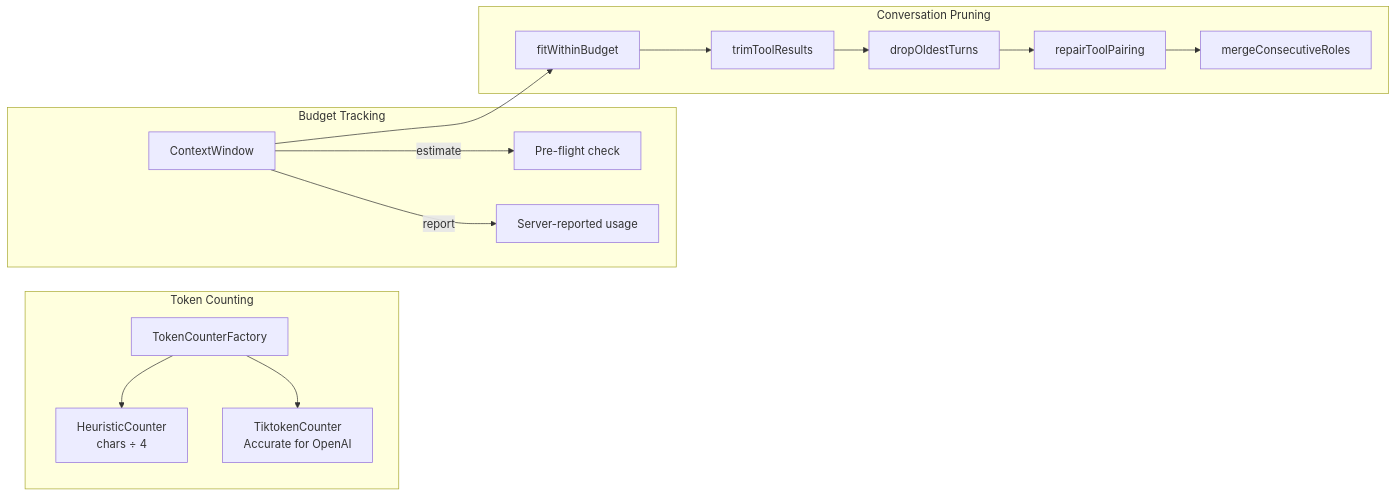
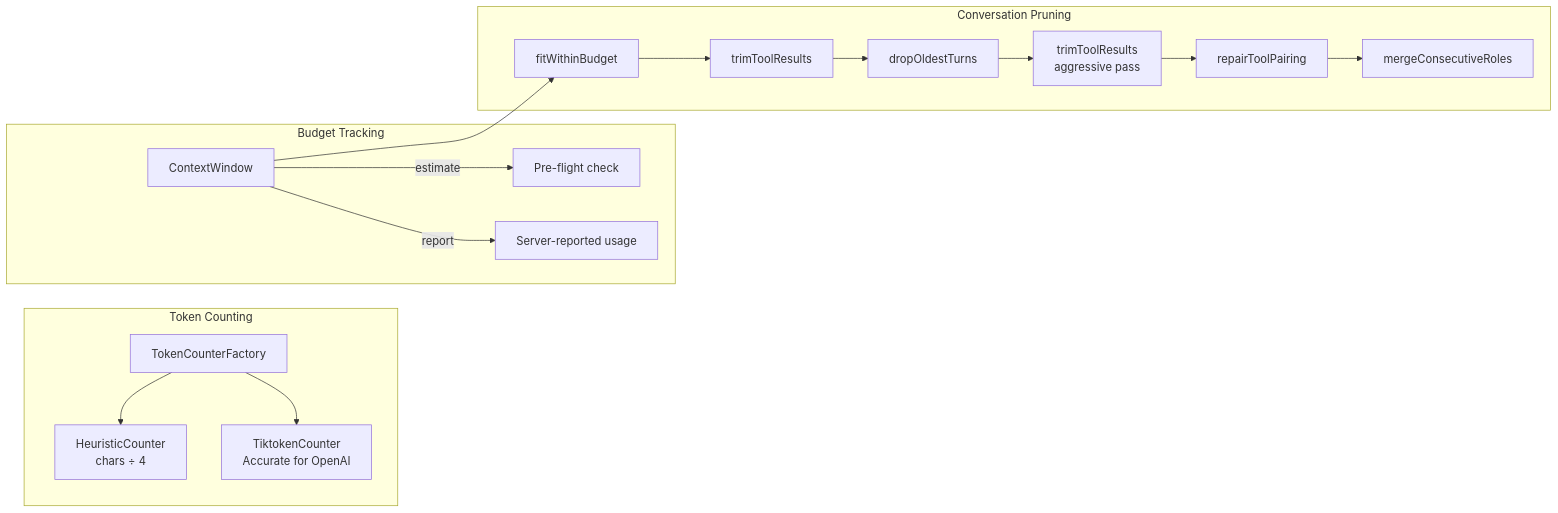
The seventh of 9 diagrams in docs/ARCHITECTURE.md (carmelosantana/php-agents), drawn with Mermaid before and after one commit. The commit also changed other lines of this file and 5 other files, not shown here.

````diff
--- a/docs/ARCHITECTURE.md
+++ b/docs/ARCHITECTURE.md
@@ -340,26 +343,27 @@
 ```mermaid
 flowchart LR
     subgraph "Token Counting"
         HC[HeuristicCounter<br/>chars ÷ 4]
         TK[TiktokenCounter<br/>Accurate for OpenAI]
         TCF[TokenCounterFactory]
         TCF --> HC
         TCF --> TK
     end
 
     subgraph "Budget Tracking"
         CW[ContextWindow]
         CW -->|estimate| PRE[Pre-flight check]
         CW -->|report| POST[Server-reported usage]
     end
 
     subgraph "Conversation Pruning"
         FIT[fitWithinBudget]
         FIT --> TRIM[trimToolResults]
         TRIM --> DROP[dropOldestTurns]
-        DROP --> REPAIR[repairToolPairing]
+        DROP --> RETRIM[trimToolResults<br/>aggressive pass]
+        RETRIM --> REPAIR[repairToolPairing]
         REPAIR --> MERGE[mergeConsecutiveRoles]
     end
 
     CW --> FIT
 ```
````
